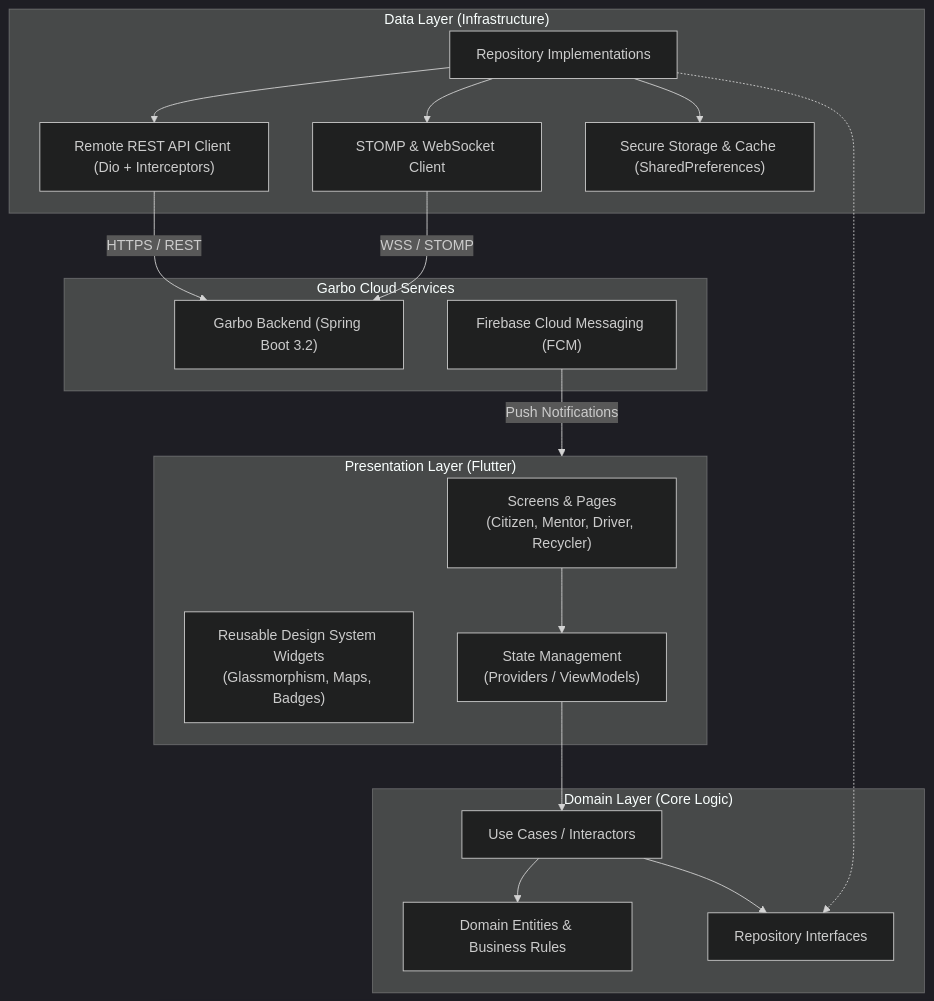
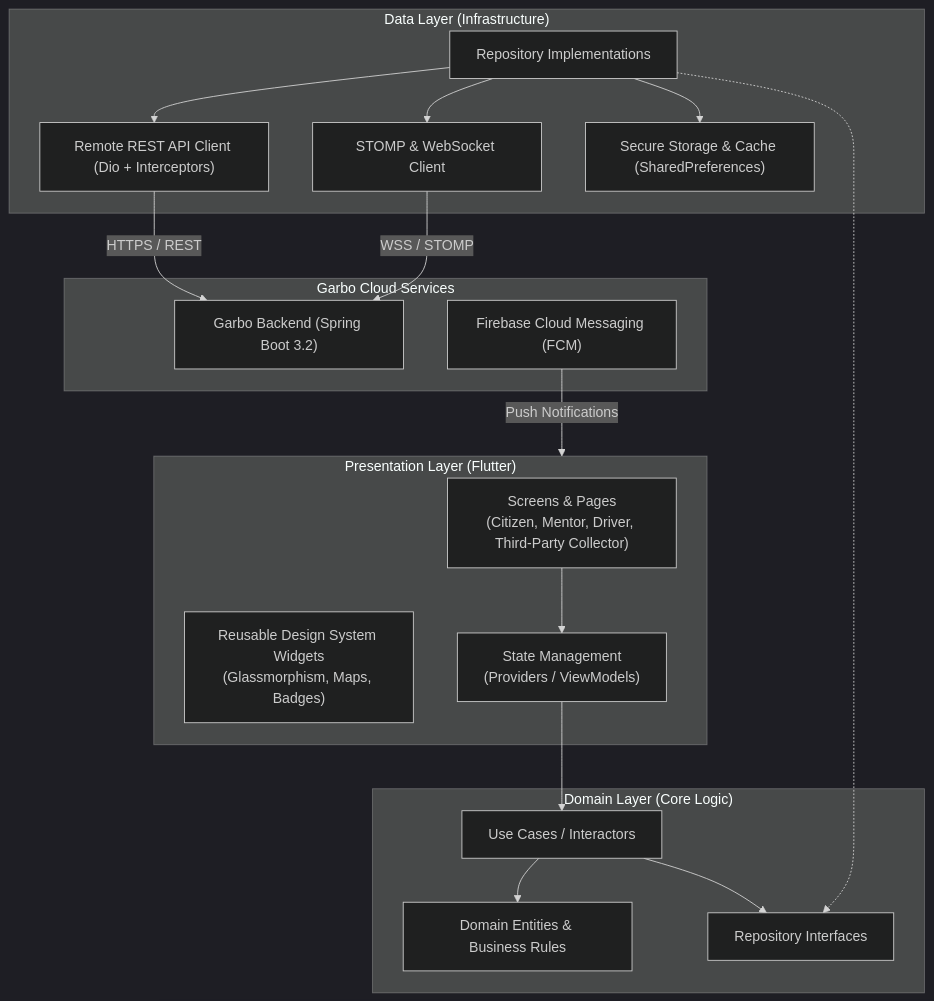
The second of 2 diagrams in README.md (CodeMIndsUoM/Garbo-flutter), drawn with Mermaid (dark theme) before and after one commit. The commit also changed other lines of this file and 5 other files, not shown here.

Commit message:
docs & chore: add UI showcase screenshots, update gitignore, and rewrite architecture README

````diff
--- a/README.md
+++ b/README.md
@@ -85,38 +105,38 @@
 ```mermaid
 graph TB
     subgraph UI_Layer["Presentation Layer (Flutter)"]
-        Screens["Screens & Pages<br/>(Citizen, Mentor, Driver, Recycler)"]
+        Screens["Screens & Pages<br/>(Citizen, Mentor, Driver, Third-Party Collector)"]
         Widgets["Reusable Design System Widgets<br/>(Glassmorphism, Maps, Badges)"]
         State["State Management<br/>(Providers / ViewModels)"]
     end
 
     subgraph Domain_Layer["Domain Layer (Core Logic)"]
         UseCases["Use Cases / Interactors"]
         Entities["Domain Entities & Business Rules"]
         RepoInterfaces["Repository Interfaces"]
     end
 
     subgraph Data_Layer["Data Layer (Infrastructure)"]
         RepoImpl["Repository Implementations"]
         RemoteSource["Remote REST API Client (Dio + Interceptors)"]
         WebSocketClient["STOMP & WebSocket Client"]
         LocalCache["Secure Storage & Cache (SharedPreferences)"]
     end
 
     subgraph Backend["Garbo Cloud Services"]
         SpringBackend["Garbo Backend (Spring Boot 3.2)"]
         FCMServer["Firebase Cloud Messaging (FCM)"]
     end
 
     Screens --> State
     State --> UseCases
     UseCases --> Entities
     UseCases --> RepoInterfaces
     RepoImpl -.-> RepoInterfaces
     RepoImpl --> RemoteSource
     RepoImpl --> WebSocketClient
     RepoImpl --> LocalCache
     RemoteSource -->|HTTPS / REST| SpringBackend
     WebSocketClient -->|WSS / STOMP| SpringBackend
     FCMServer -->|Push Notifications| UI_Layer
 ```
````
